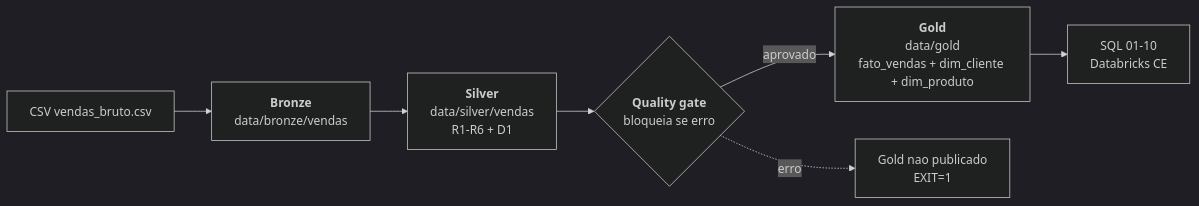
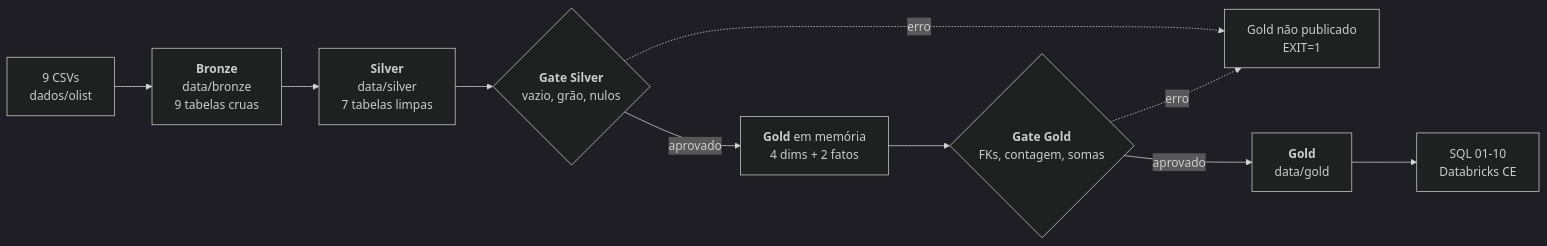
One commit to renatoapdl/pipeline-etl-vendas changed the diagram in README.md. Above: the diagram before and after it, drawn with Mermaid (dark theme). The commit also changed other lines of this file and 2 other files, not shown here.

Commit message:
Atualiza README, PRD e DATABRICKS para a base Olist

````diff
--- a/README.md
+++ b/README.md
@@ -15,9 +15,12 @@
 ```mermaid
 flowchart LR
-  A[CSV vendas_bruto.csv] --> B["<b>Bronze</b><br/>data/bronze/vendas"]
-  B --> C["<b>Silver</b><br/>data/silver/vendas<br/>R1-R6 + D1"]
-  C --> Q{"<b>Quality gate</b><br/>bloqueia se erro"}
-  Q -->|aprovado| D["<b>Gold</b><br/>data/gold<br/>fato_vendas + dim_cliente + dim_produto"]
-  Q -.->|erro| X["Gold nao publicado<br/>EXIT=1"]
+  A["9 CSVs<br/>dados/olist"] --> B["<b>Bronze</b><br/>data/bronze<br/>9 tabelas cruas"]
+  B --> C["<b>Silver</b><br/>data/silver<br/>7 tabelas limpas"]
+  C --> Q1{"<b>Gate Silver</b><br/>vazio, grão, nulos"}
+  Q1 -->|aprovado| G["<b>Gold</b> em memória<br/>4 dims + 2 fatos"]
+  G --> Q2{"<b>Gate Gold</b><br/>FKs, contagem, somas"}
+  Q1 -.->|erro| X["Gold não publicado<br/>EXIT=1"]
+  Q2 -.->|erro| X
+  Q2 -->|aprovado| D["<b>Gold</b><br/>data/gold"]
   D --> E["SQL 01-10<br/>Databricks CE"]
 ```
````
